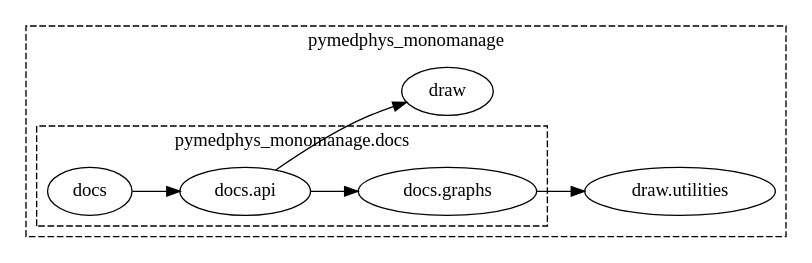
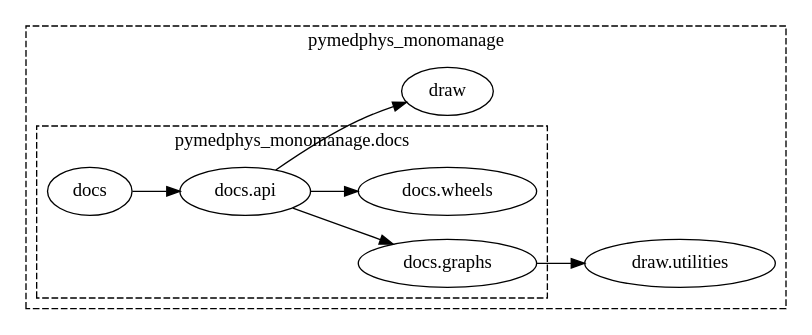
One commit to pymedphys/pymedphys changed the diagram in docs/graphs/pymedphys_monomanage.docs.dot. Above: the diagram before and after it, drawn with Graphviz. The commit also changed 4 other files, not shown here.

```diff
--- a/docs/graphs/pymedphys_monomanage.docs.dot
+++ b/docs/graphs/pymedphys_monomanage.docs.dot
@@ -1,37 +1,40 @@
 strict digraph {
 	graph [rankdir=LR];
 	subgraph cluster_0 {
 		graph [URL="#pymedphys-monomanage",
 			label=pymedphys_monomanage,
 			style=dashed
 		];
 		subgraph cluster_1 {
 			graph [URL="#pymedphys-monomanage-docs",
 				label="pymedphys_monomanage.docs"
 			];
 			{
 				graph [rank=same];
 				"pymedphys_monomanage.docs.graphs"				 [URL="https://github.com/pymedphys/pymedphys/blob/master/packages/pymedphys_monomanage/src/pymedphys_monomanage/docs/graphs.py",
 					label="docs.graphs"];
+				"pymedphys_monomanage.docs.wheels"				 [URL="https://github.com/pymedphys/pymedphys/blob/master/packages/pymedphys_monomanage/src/pymedphys_monomanage/docs/wheels.py",
+					label="docs.wheels"];
 			}
 			{
 				graph [rank=same];
 				"pymedphys_monomanage.docs.api"				 [URL="https://github.com/pymedphys/pymedphys/blob/master/packages/pymedphys_monomanage/src/pymedphys_monomanage/docs/api.py",
 					label="docs.api"];
 			}
 			{
 				graph [rank=same];
 				"pymedphys_monomanage.docs"				 [URL="https://github.com/pymedphys/pymedphys/blob/master/packages/pymedphys_monomanage/src/pymedphys_monomanage/docs",
 					label=docs];
 			}
 		}
 		"pymedphys_monomanage.draw"		 [URL="https://github.com/pymedphys/pymedphys/blob/master/packages/pymedphys_monomanage/src/pymedphys_monomanage/draw",
 			label=draw];
 		"pymedphys_monomanage.draw.utilities"		 [URL="https://github.com/pymedphys/pymedphys/blob/master/packages/pymedphys_monomanage/src/pymedphys_monomanage/draw/utilities.py",
 			label="draw.utilities"];
 	}
 	"pymedphys_monomanage.docs.graphs" -> "pymedphys_monomanage.draw.utilities";
 	"pymedphys_monomanage.docs.api" -> "pymedphys_monomanage.draw";
 	"pymedphys_monomanage.docs.api" -> "pymedphys_monomanage.docs.graphs";
+	"pymedphys_monomanage.docs.api" -> "pymedphys_monomanage.docs.wheels";
 	"pymedphys_monomanage.docs" -> "pymedphys_monomanage.docs.api";
 }
```
